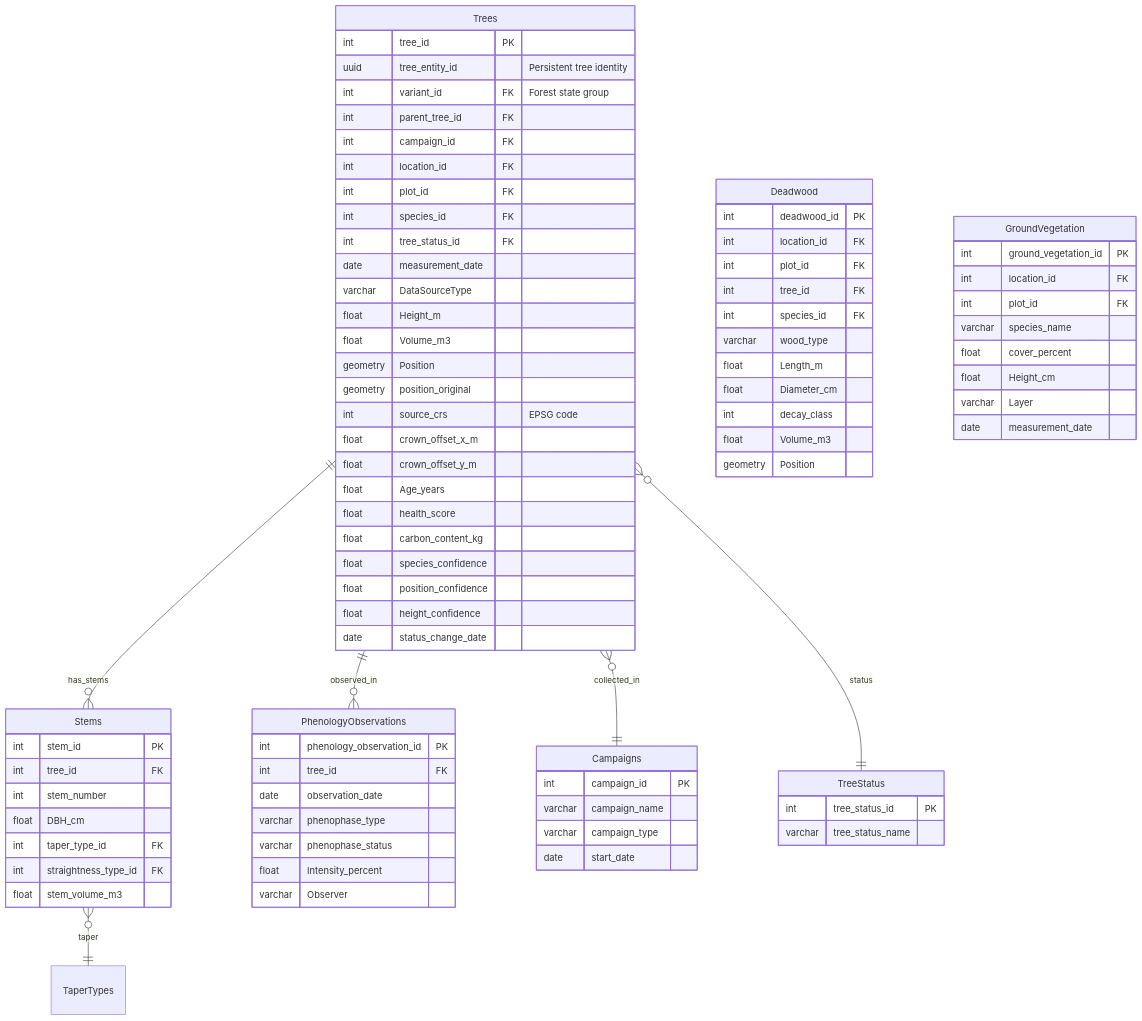
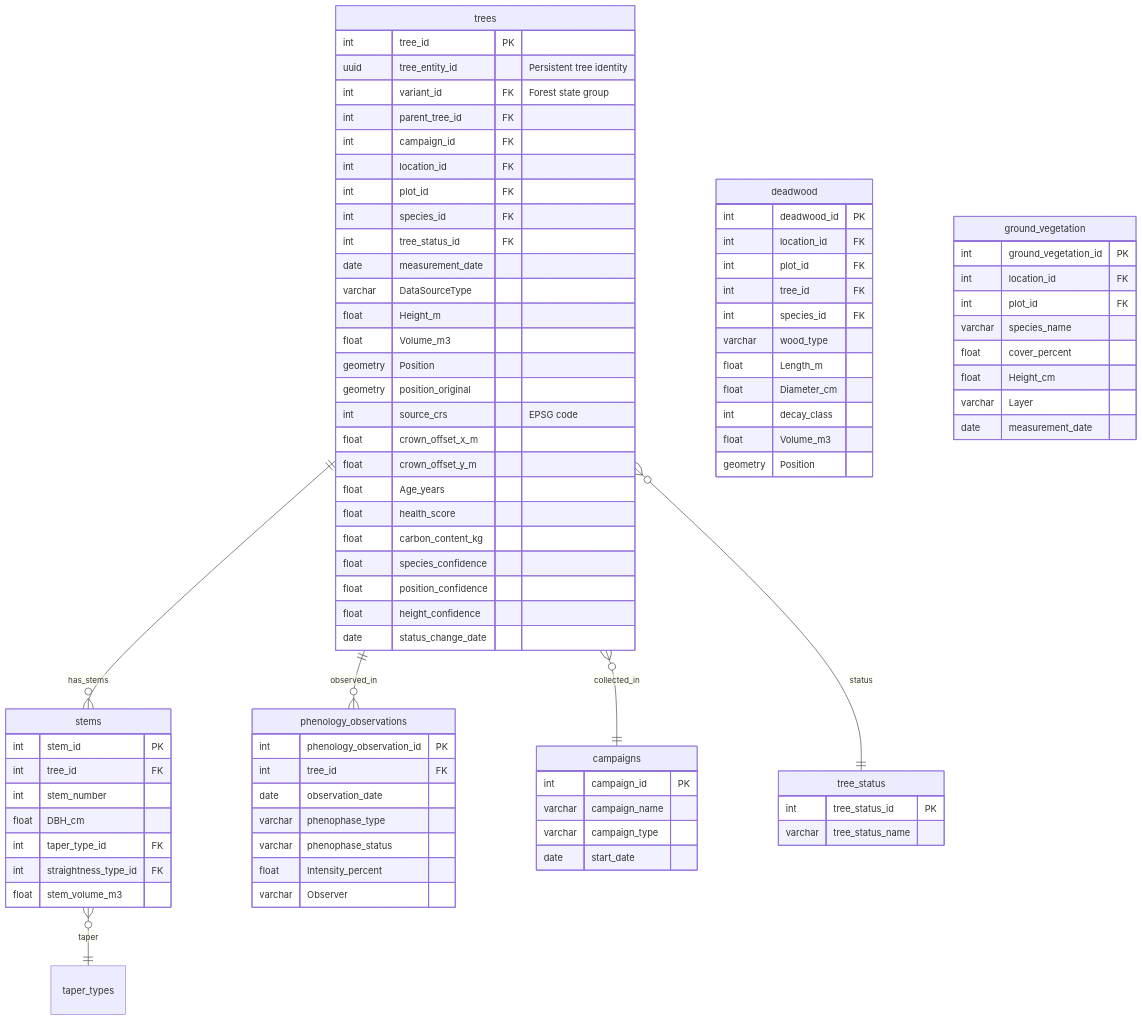
The second of 7 diagrams in docs/database-overview.md (XRFutureForests/digital-twin-db), drawn with Mermaid before and after one commit. The commit also changed other lines of this file and 18 other files, not shown here.

````diff
--- a/docs/database-overview.md
+++ b/docs/database-overview.md
@@ -227,6 +227,6 @@
 ```mermaid
 erDiagram
-    Trees {
+    trees {
         int tree_id PK
         uuid tree_entity_id "Persistent tree identity"
         int variant_id FK "Forest state group"
@@ -254,7 +254,7 @@
         date status_change_date
     }
 
-    Stems {
+    stems {
         int stem_id PK
         int tree_id FK
         int stem_number
@@ -264,7 +264,7 @@
         float stem_volume_m3
     }
 
-    PhenologyObservations {
+    phenology_observations {
         int phenology_observation_id PK
         int tree_id FK
         date observation_date
@@ -274,7 +274,7 @@
         varchar Observer
     }
 
-    Deadwood {
+    deadwood {
         int deadwood_id PK
         int location_id FK
         int plot_id FK
@@ -288,7 +288,7 @@
         geometry Position
     }
 
-    GroundVegetation {
+    ground_vegetation {
         int ground_vegetation_id PK
         int location_id FK
         int plot_id FK
@@ -299,21 +299,21 @@
         date measurement_date
     }
 
-    Campaigns {
+    campaigns {
         int campaign_id PK
         varchar campaign_name
         varchar campaign_type
         date start_date
     }
 
-    TreeStatus {
+    tree_status {
         int tree_status_id PK
         varchar tree_status_name
     }
 
-    Trees ||--o{ Stems : "has_stems"
-    Trees ||--o{ PhenologyObservations : "observed_in"
-    Trees }o--|| TreeStatus : "status"
-    Trees }o--|| Campaigns : "collected_in"
-    Stems }o--|| TaperTypes : "taper"
+    trees ||--o{ stems : "has_stems"
+    trees ||--o{ phenology_observations : "observed_in"
+    trees }o--|| tree_status : "status"
+    trees }o--|| campaigns : "collected_in"
+    stems }o--|| taper_types : "taper"
 ```
````
